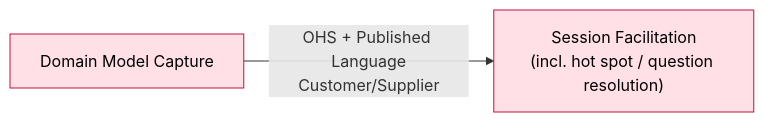
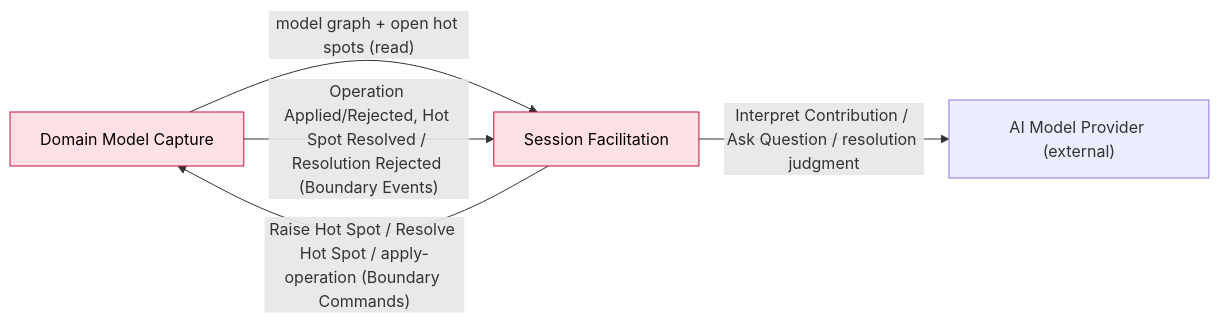
Before and after one commit to vinialbano/eventstormer: the diagram in docs/domain/bounded-contexts/session-facilitation/canvas.md, drawn with Mermaid. The commit also changed other lines of this file and 24 other files, not shown here.

````diff
--- a/docs/domain/bounded-contexts/session-facilitation/canvas.md
+++ b/docs/domain/bounded-contexts/session-facilitation/canvas.md
@@ -213,8 +328,15 @@
 ```mermaid
 flowchart LR
-  Capture["Domain Model Capture"] -->|"OHS + Published Language\nCustomer/Supplier"| This["Session Facilitation\n(incl. hot spot / question resolution)"]
+  Capture["Domain Model Capture"]
+  This["Session Facilitation"]
+  AI["AI Model Provider (external)"]
+
+  Capture -->|"model graph + open hot spots (read)"| This
+  This -->|"Raise Hot Spot / Resolve Hot Spot / apply-operation (Boundary Commands)"| Capture
+  Capture -->|"Operation Applied/Rejected, Hot Spot Resolved / Resolution Rejected (Boundary Events)"| This
+  This -->|"Interpret Contribution / Ask Question / resolution judgment"| AI
 
   classDef core fill:#ffe0e6,stroke:#c1123e,color:#000
   class This core
   class Capture core
 ```
````
